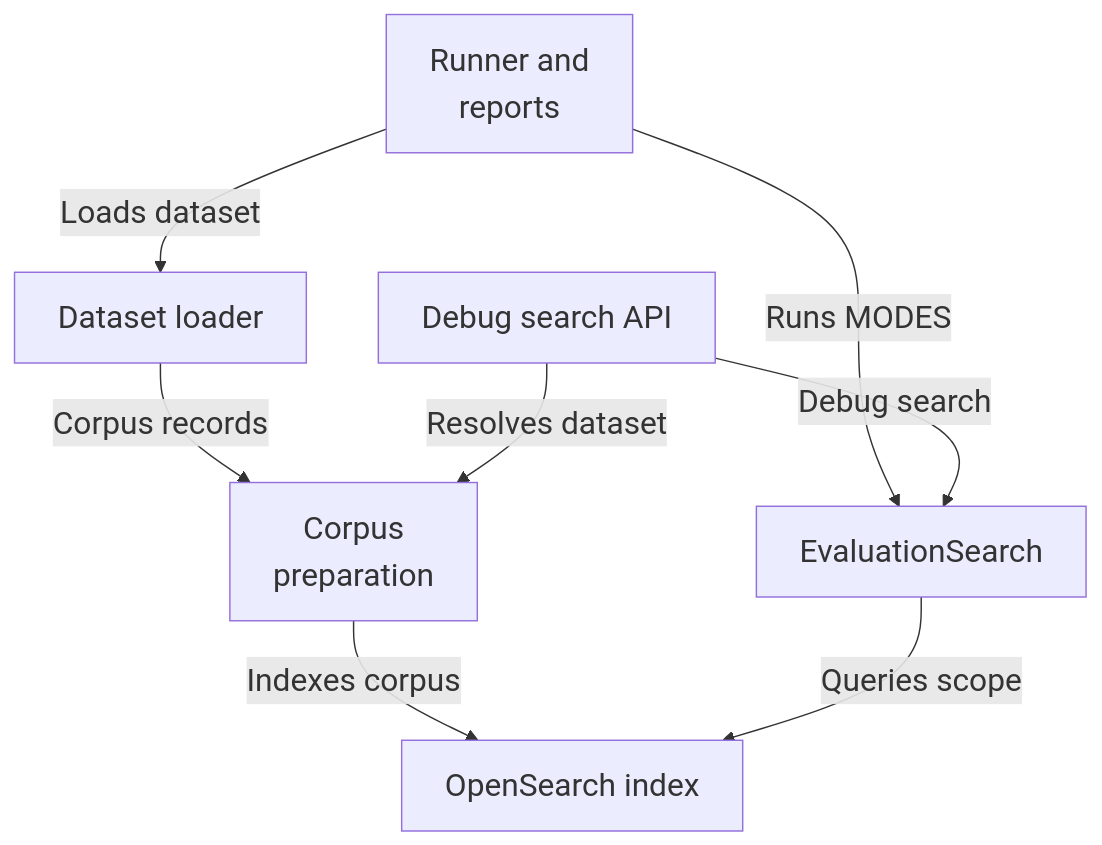
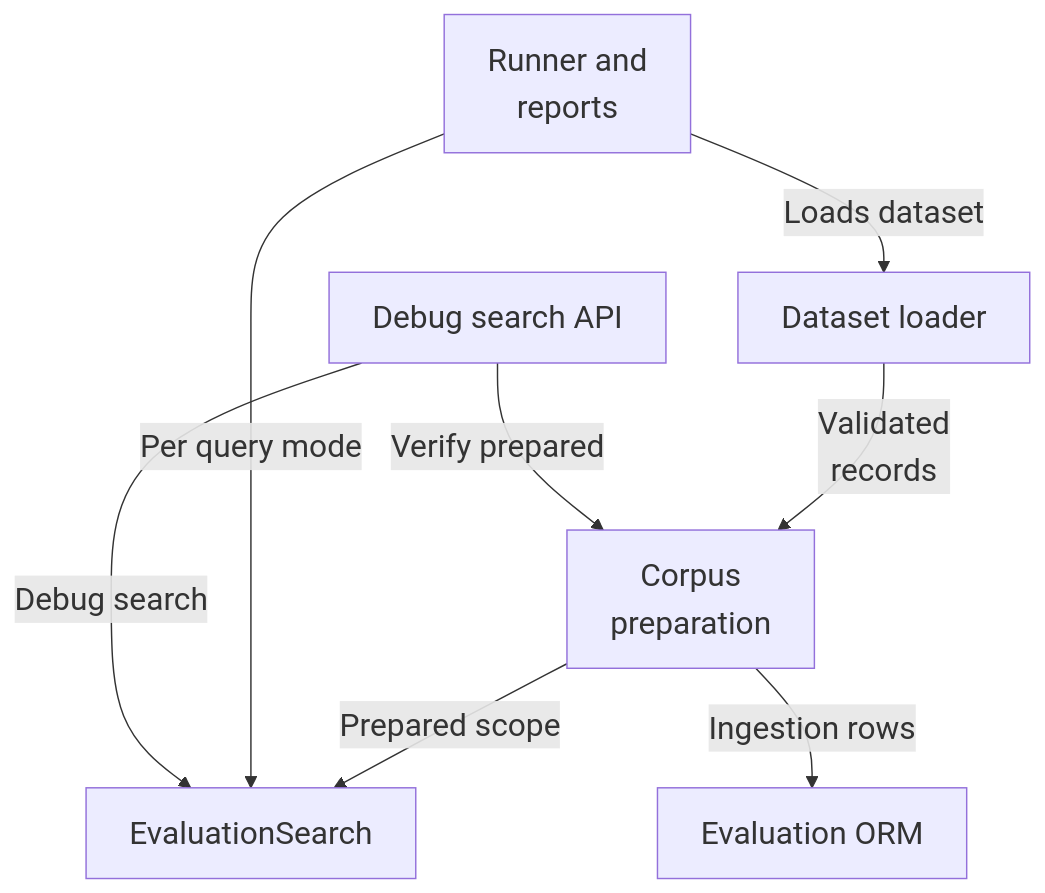
One commit to Justin-Mendoza/Afterclass changed the first of 5 diagrams in maps/evaluation/README.md. Above: the diagram before and after it, drawn with Mermaid. The commit also changed other lines of this file and 83 other files, not shown here.

````diff
--- a/maps/evaluation/README.md
+++ b/maps/evaluation/README.md
@@ -23,17 +23,17 @@
 ```mermaid
 %%{init: {"themeVariables": {"fontSize": "22px"}}}%%
 flowchart TD
   n0["Dataset loader"]
   n1["Corpus<br/>preparation"]
   n2["EvaluationSearch"]
   n3["Runner and<br/>reports"]
   n4["Debug search API"]
-  n5["OpenSearch index"]
-  n0 -->|"Corpus records"| n1
-  n1 -->|"Indexes corpus"| n5
-  n2 -->|"Queries scope"| n5
-  n3 -->|"Runs MODES"| n2
+  n5["Evaluation ORM"]
+  n0 -->|"Validated<br/>records"| n1
+  n1 -->|"Prepared scope"| n2
+  n3 -->|"Per query mode"| n2
   n3 -->|"Loads dataset"| n0
-  n4 -->|"Resolves dataset"| n1
+  n4 -->|"Verify prepared"| n1
   n4 -->|"Debug search"| n2
+  n1 -->|"Ingestion rows"| n5
 ```
````
